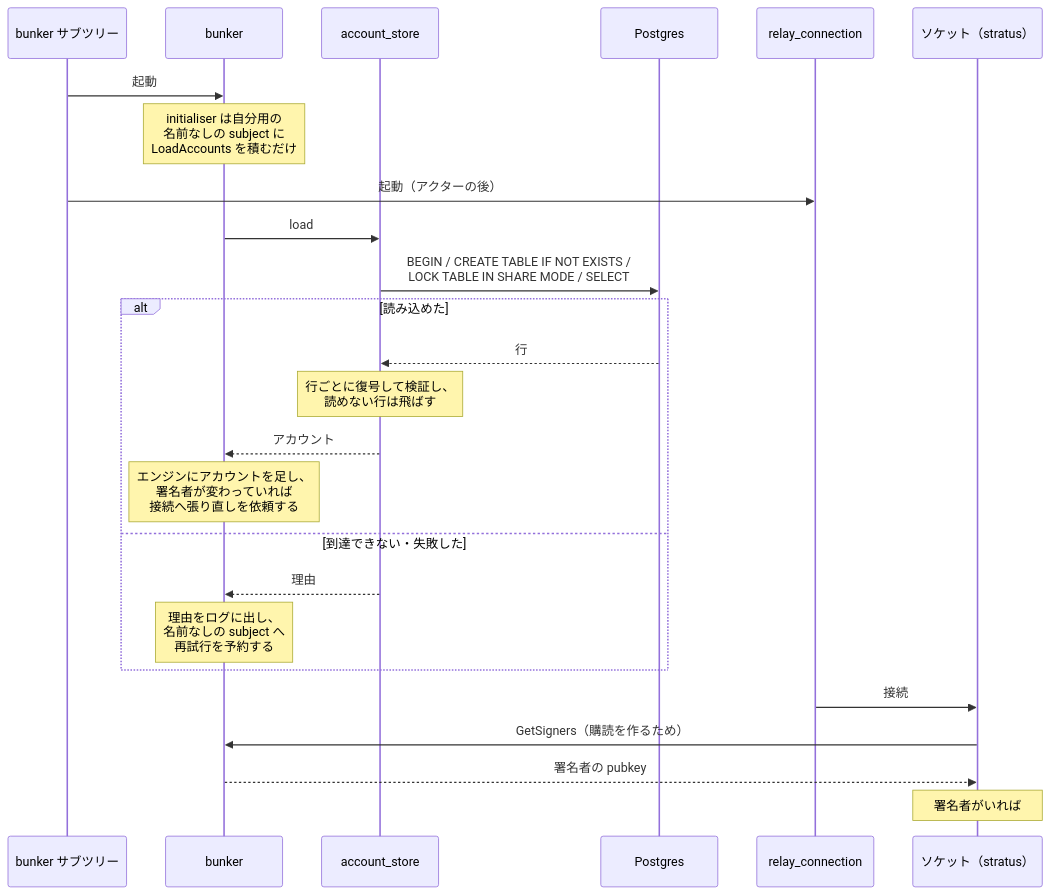
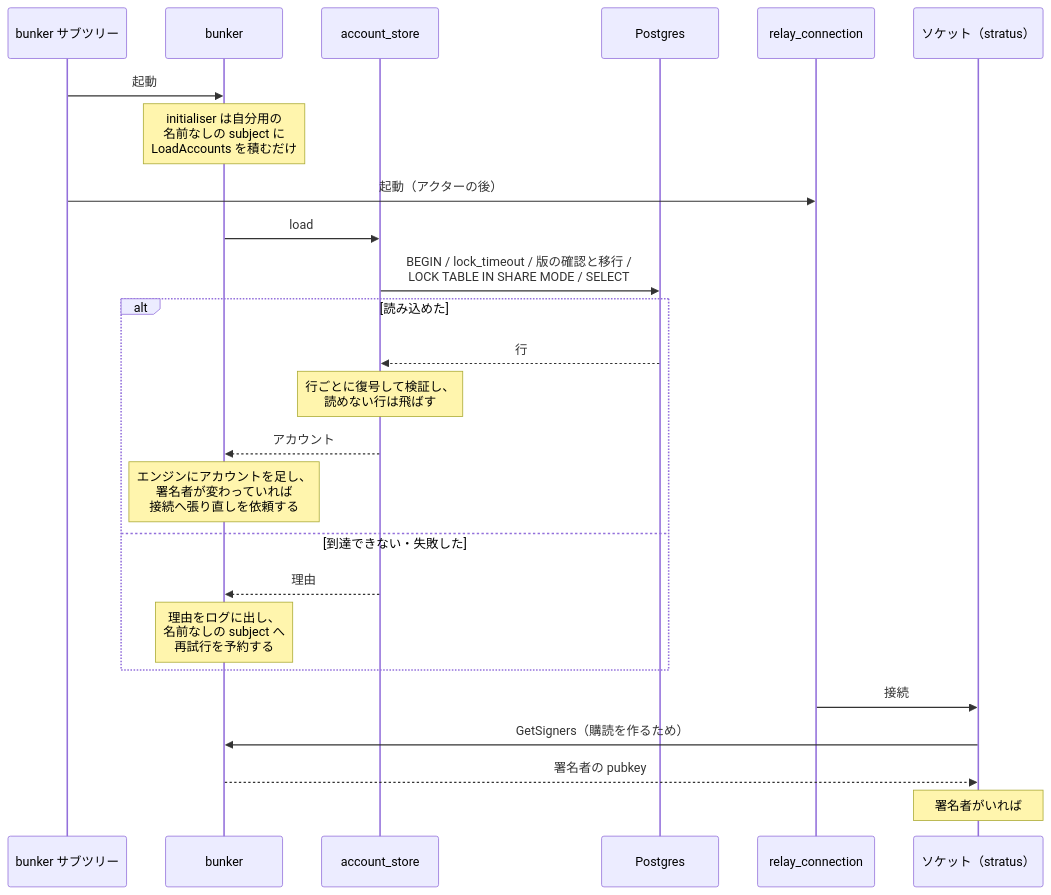
Before and after one commit to neverclear86/nostr-no-su: the third of 8 diagrams in docs/architecture.md, drawn with Mermaid. The commit also changed other lines of this file and 9 other files, not shown here.

````diff
--- a/docs/architecture.md
+++ b/docs/architecture.md
@@ -167,28 +168,28 @@
 ```mermaid
 sequenceDiagram
     participant sup as bunker サブツリー
     participant bk as bunker
     participant store as account_store
     participant db as Postgres
     participant conn as relay_connection
     participant sock as ソケット（stratus）
 
     sup->>bk: 起動
     Note over bk: initialiser は自分用の<br/>名前なしの subject に<br/>LoadAccounts を積むだけ
     sup->>conn: 起動（アクターの後）
     bk->>store: load
-    store->>db: BEGIN / CREATE TABLE IF NOT EXISTS /<br/>LOCK TABLE IN SHARE MODE / SELECT
+    store->>db: BEGIN / lock_timeout / 版の確認と移行 /<br/>LOCK TABLE IN SHARE MODE / SELECT
     alt 読み込めた
         db-->>store: 行
         Note over store: 行ごとに復号して検証し、<br/>読めない行は飛ばす
         store-->>bk: アカウント
         Note over bk: エンジンにアカウントを足し、<br/>署名者が変わっていれば<br/>接続へ張り直しを依頼する
     else 到達できない・失敗した
         store-->>bk: 理由
         Note over bk: 理由をログに出し、<br/>名前なしの subject へ<br/>再試行を予約する
     end
     conn->>sock: 接続
     sock->>bk: GetSigners（購読を作るため）
     bk-->>sock: 署名者の pubkey
     Note over sock: 署名者がいれば #p に入れて REQ、<br/>いなければ開いている購読を CLOSE、<br/>問い合わせに応答が無ければ<br/>購読を変えずに再試行
 ```
````
